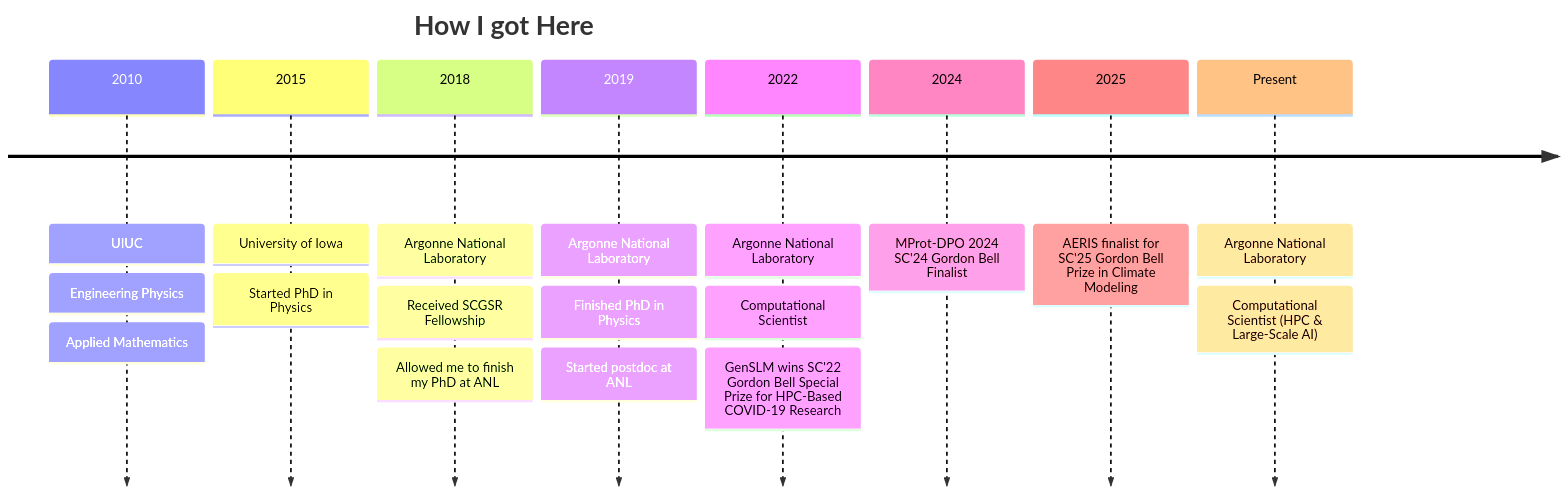
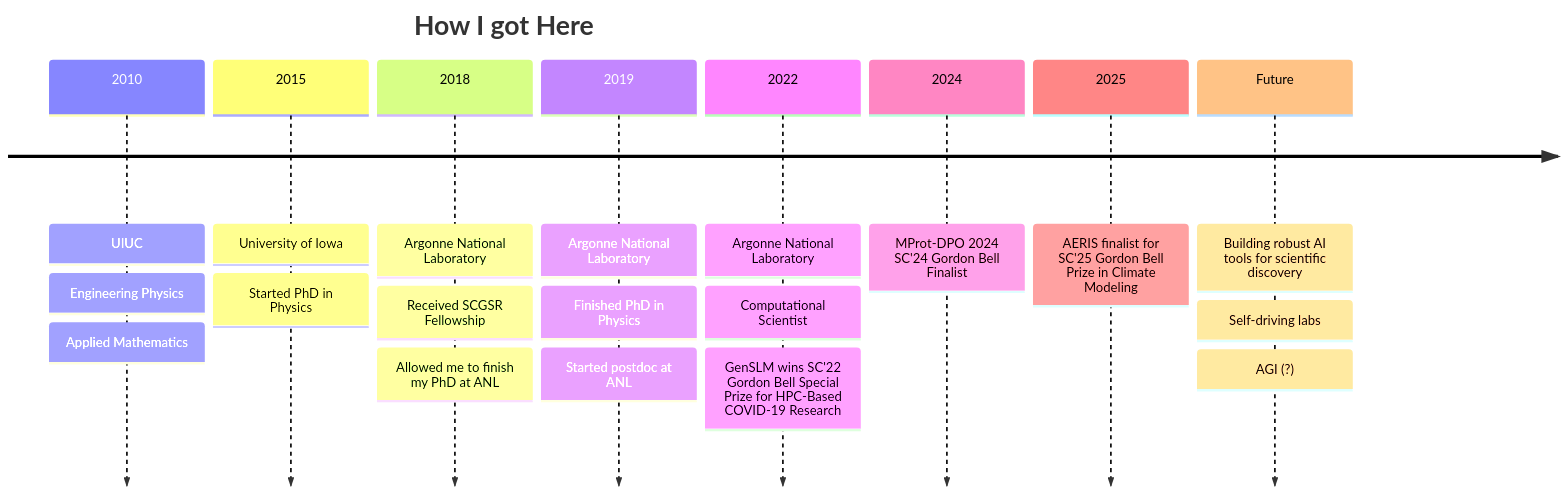
One commit to saforem2/personal_site changed the diagram in talks/2025/10/24/index.qmd. Above: the diagram before and after it, drawn with Mermaid. The commit also changed other lines of this file and 6 other files, not shown here.

````diff
--- a/talks/2025/10/24/index.qmd
+++ b/talks/2025/10/24/index.qmd
@@ -89,22 +89,23 @@
 ```{mermaid}
 timeline
     title How I got Here
     2010: UIUC
         : Engineering Physics
         : Applied Mathematics
     2015: University of Iowa
         : Started PhD in Physics
     2018: Argonne National Laboratory
         : Received SCGSR Fellowship
         : Allowed me to finish my PhD at ANL
     2019: Argonne National Laboratory
         : Finished PhD in Physics
         : Started postdoc at ANL
     2022: Argonne National Laboratory
         : Computational Scientist
         : GenSLM wins SC'22 Gordon Bell Special Prize for HPC-Based COVID-19 Research
     2024: MProt-DPO 2024 SC'24 Gordon Bell Finalist
     2025: AERIS finalist for SC'25 Gordon Bell Prize in Climate Modeling
-    Present: Argonne National Laboratory
-           : Computational Scientist (HPC & Large-Scale AI)
+    Future: Building robust AI tools for scientific discovery
+          : Self-driving labs
+          : AGI (?)
 ```
````
